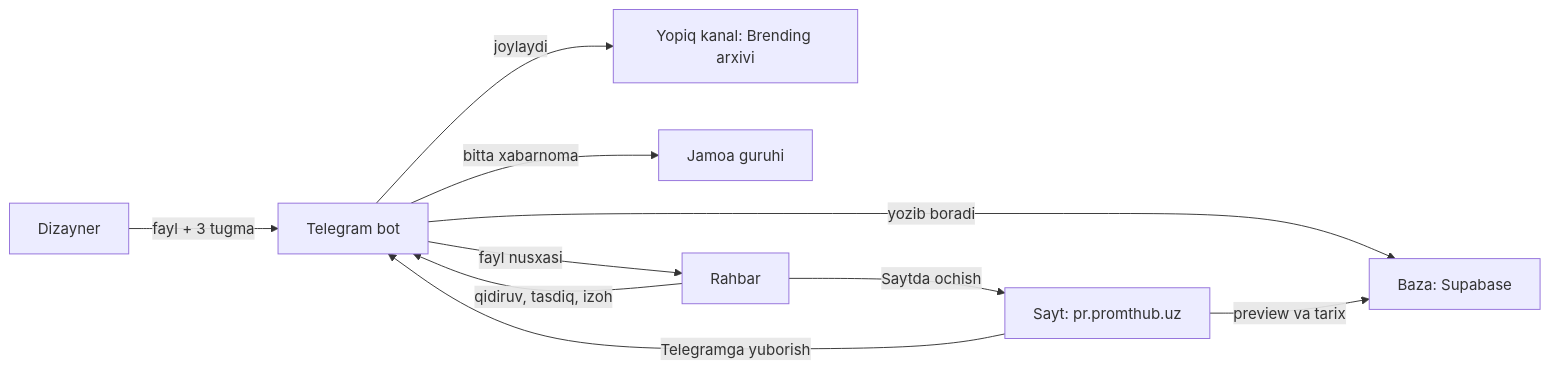
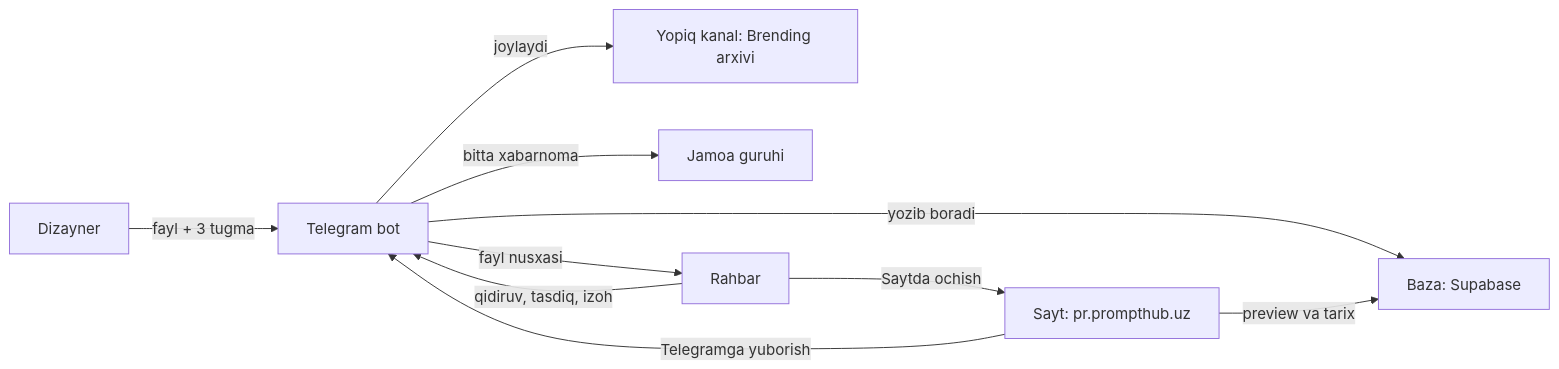
One commit to shahzodAfterglow/milliypr-brend changed the diagram in docs/CONCEPT.md. Above: the diagram before and after it, drawn with Mermaid. The commit also changed other lines of this file and 7 other files, not shown here.

````diff
--- a/docs/CONCEPT.md
+++ b/docs/CONCEPT.md
@@ -54,12 +54,12 @@
 ```mermaid
 flowchart LR
     D["Dizayner"] -->|"fayl + 3 tugma"| B["Telegram bot"]
     B -->|"joylaydi"| K["Yopiq kanal: Brending arxivi"]
     B -->|"yozib boradi"| DB["Baza: Supabase"]
     B -->|"bitta xabarnoma"| G["Jamoa guruhi"]
     R["Rahbar"] -->|"qidiruv, tasdiq, izoh"| B
     B -->|"fayl nusxasi"| R
-    R -->|"Saytda ochish"| W["Sayt: pr.promthub.uz"]
+    R -->|"Saytda ochish"| W["Sayt: pr.prompthub.uz"]
     W -->|"preview va tarix"| DB
     W -->|"Telegramga yuborish"| B
 ```
````
